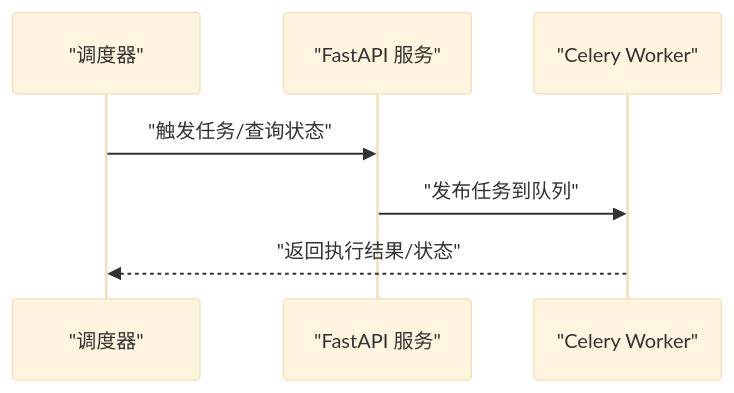
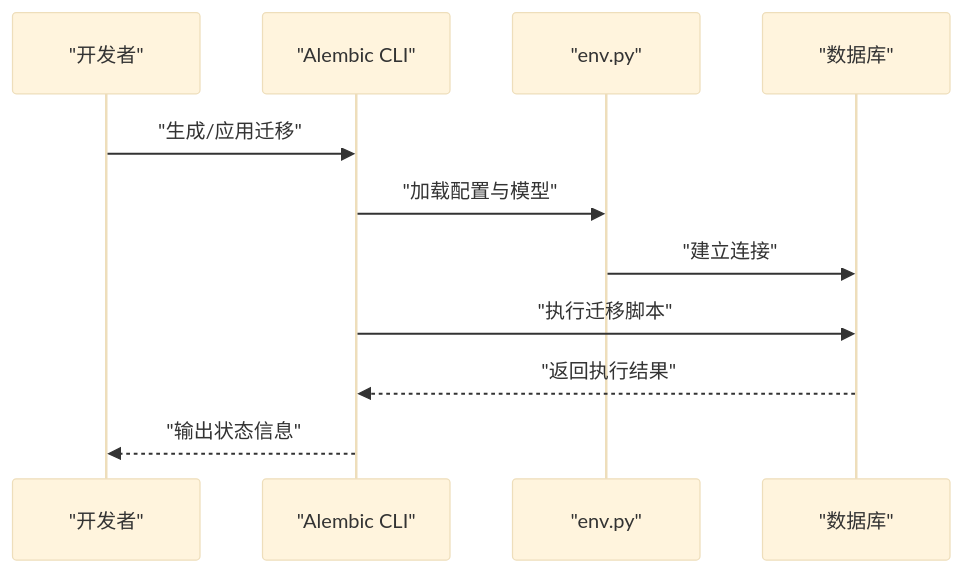
Before and after one commit to DeathLimbo/quan_mcp: the fifth of 7 diagrams in .qoder/repowiki/zh/content/项目概述/技术栈概览.md, drawn with Mermaid (base theme). The commit also changed other lines of this file and 238 other files, not shown here.

````diff
--- a/.qoder/repowiki/zh/content/项目概述/技术栈概览.md
+++ b/.qoder/repowiki/zh/content/项目概述/技术栈概览.md
@@ -228,9 +261,13 @@
 ```mermaid
 sequenceDiagram
-participant Cron as "调度器"
-participant API as "FastAPI 服务"
-participant Worker as "Celery Worker"
-Cron->>API : "触发任务/查询状态"
-API->>Worker : "发布任务到队列"
-Worker-->>Cron : "返回执行结果/状态"
+participant Dev as "开发者"
+participant Alembic as "Alembic CLI"
+participant Env as "env.py"
+participant DB as "数据库"
+Dev->>Alembic : "生成/应用迁移"
+Alembic->>Env : "加载配置与模型"
+Env->>DB : "建立连接"
+Alembic->>DB : "执行迁移脚本"
+DB-->>Alembic : "返回执行结果"
+Alembic-->>Dev : "输出状态信息"
 ```
````
